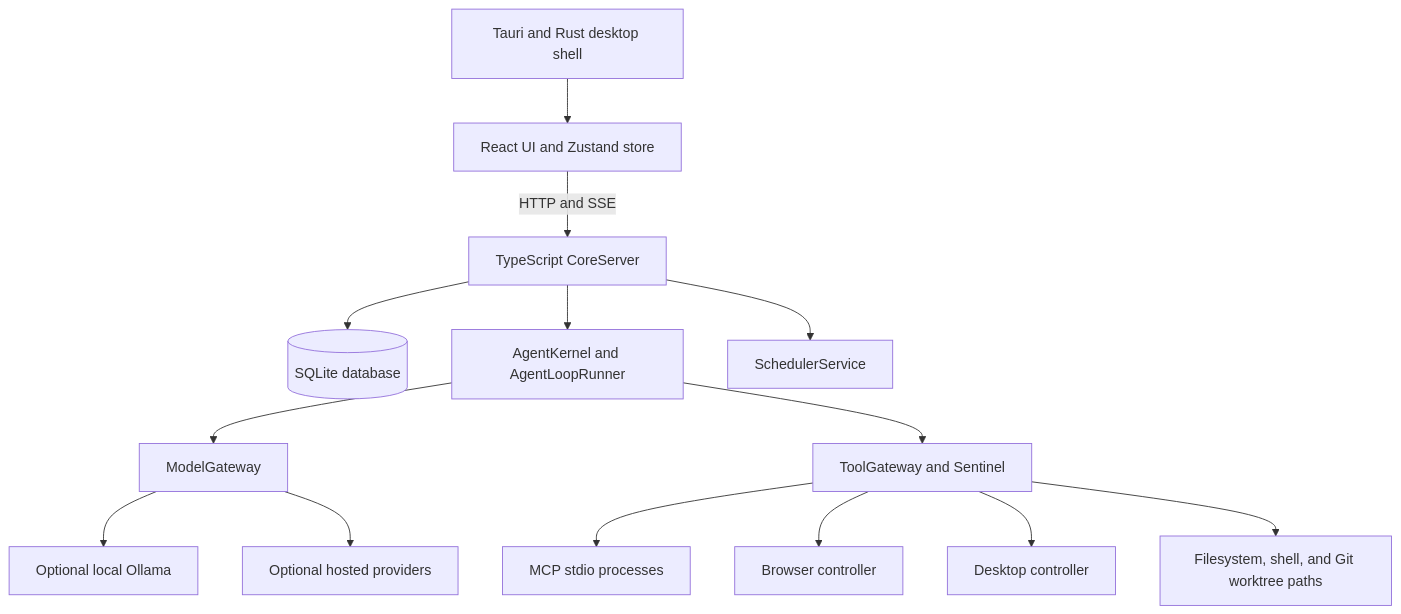
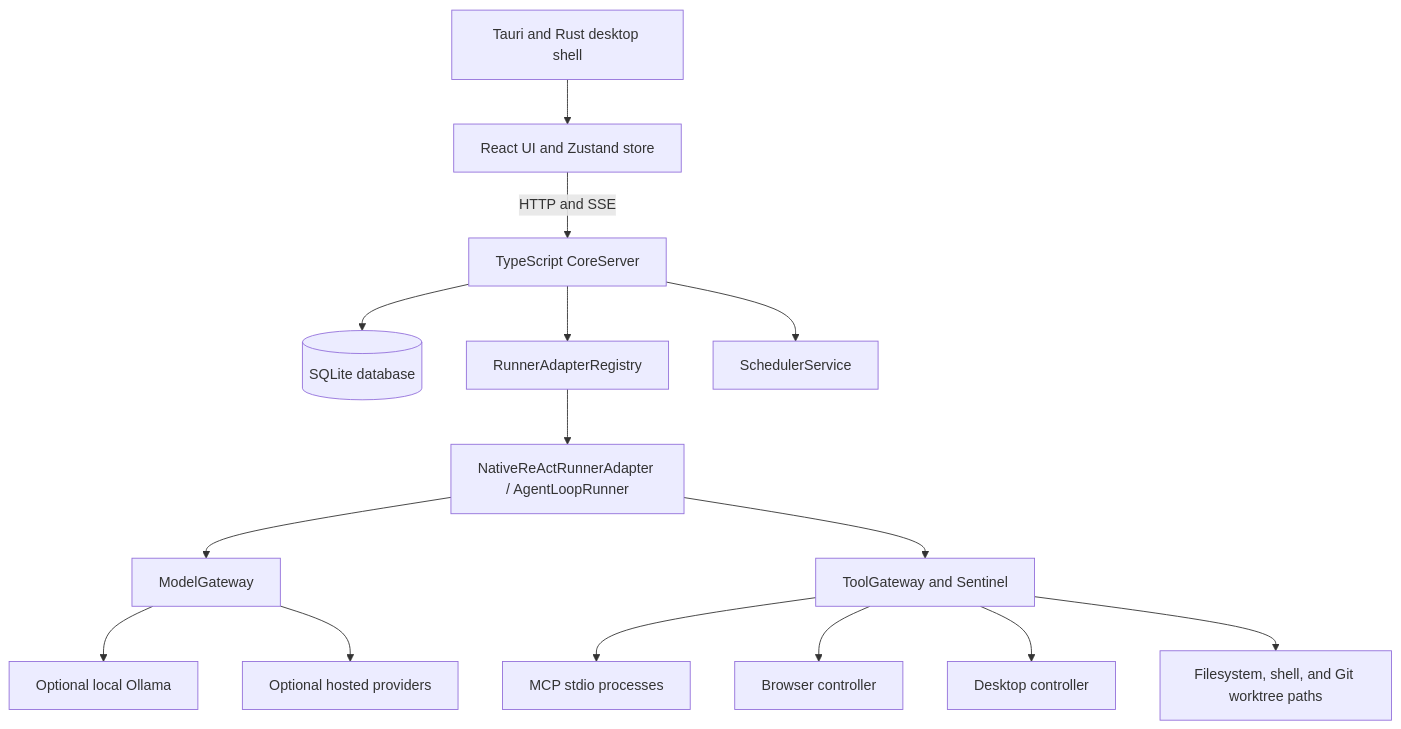
The diagram in docs/ARCHITECTURE.md (abhayzangir1/KIN), drawn with Mermaid before and after one commit. The commit also changed other lines of this file and 3 other files, not shown here.

Commit message:
docs: align architecture, status and api overviews with workforce runtime

````diff
--- a/docs/ARCHITECTURE.md
+++ b/docs/ARCHITECTURE.md
@@ -7,16 +7,17 @@
 ```mermaid
 flowchart TD
   UI[React UI and Zustand store] -->|HTTP and SSE| Core[TypeScript CoreServer]
   Tauri[Tauri and Rust desktop shell] --> UI
   Core --> DB[(SQLite database)]
-  Core --> Kernel[AgentKernel and AgentLoopRunner]
-  Kernel --> Models[ModelGateway]
-  Kernel --> Tools[ToolGateway and Sentinel]
+  Core --> Adapters[RunnerAdapterRegistry]
+  Adapters --> NativeRunner[NativeReActRunnerAdapter / AgentLoopRunner]
+  NativeRunner --> Models[ModelGateway]
+  NativeRunner --> Tools[ToolGateway and Sentinel]
   Core --> Scheduler[SchedulerService]
   Tools --> MCP[MCP stdio processes]
   Tools --> Browser[Browser controller]
   Tools --> Desktop[Desktop controller]
   Tools --> Files[Filesystem, shell, and Git worktree paths]
   Models --> Ollama[Optional local Ollama]
   Models --> Providers[Optional hosted providers]
 ```
````
